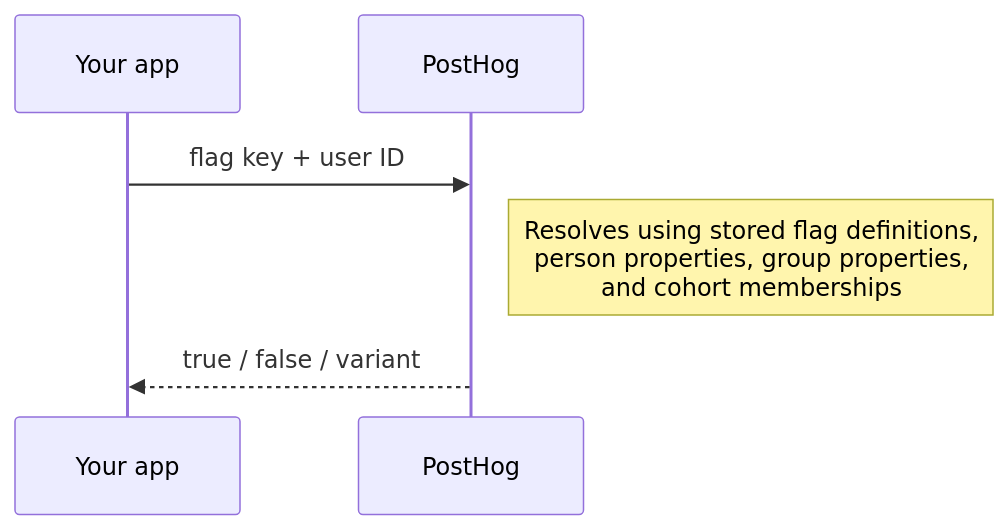
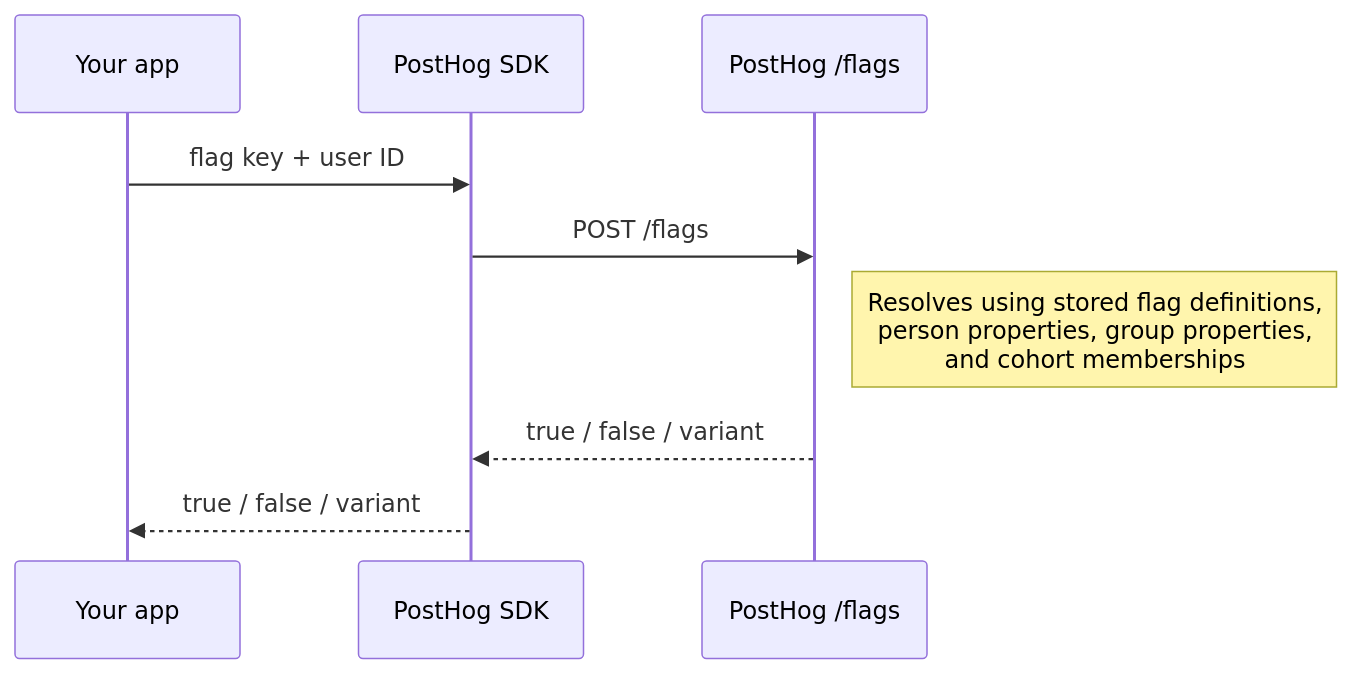
Before and after one commit to PostHog/posthog.com: the first of 2 diagrams in contents/docs/feature-flags/local-evaluation/index.mdx, drawn with Mermaid. The commit also changed other lines of this file, not shown here.

Commit message:
Add SDK intermediary to diagrams, label endpoints, add billing comparison
- Remote eval diagram now shows SDK between app and PostHog /flags
- Local eval diagram labels the /local_evaluation endpoint
- Add billing cost comparison paragraph per reviewer feedback

````diff
--- a/contents/docs/feature-flags/local-evaluation/index.mdx
+++ b/contents/docs/feature-flags/local-evaluation/index.mdx
@@ -25,8 +25,11 @@
 ```mermaid
 sequenceDiagram
     participant App as Your app
-    participant PH as PostHog
-    App->>PH: flag key + user ID
+    participant SDK as PostHog SDK
+    participant PH as PostHog /flags
+    App->>SDK: flag key + user ID
+    SDK->>PH: POST /flags
     Note right of PH: Resolves using stored flag definitions,<br/>person properties, group properties,<br/>and cohort memberships
-    PH-->>App: true / false / variant
+    PH-->>SDK: true / false / variant
+    SDK-->>App: true / false / variant
 ```
````
